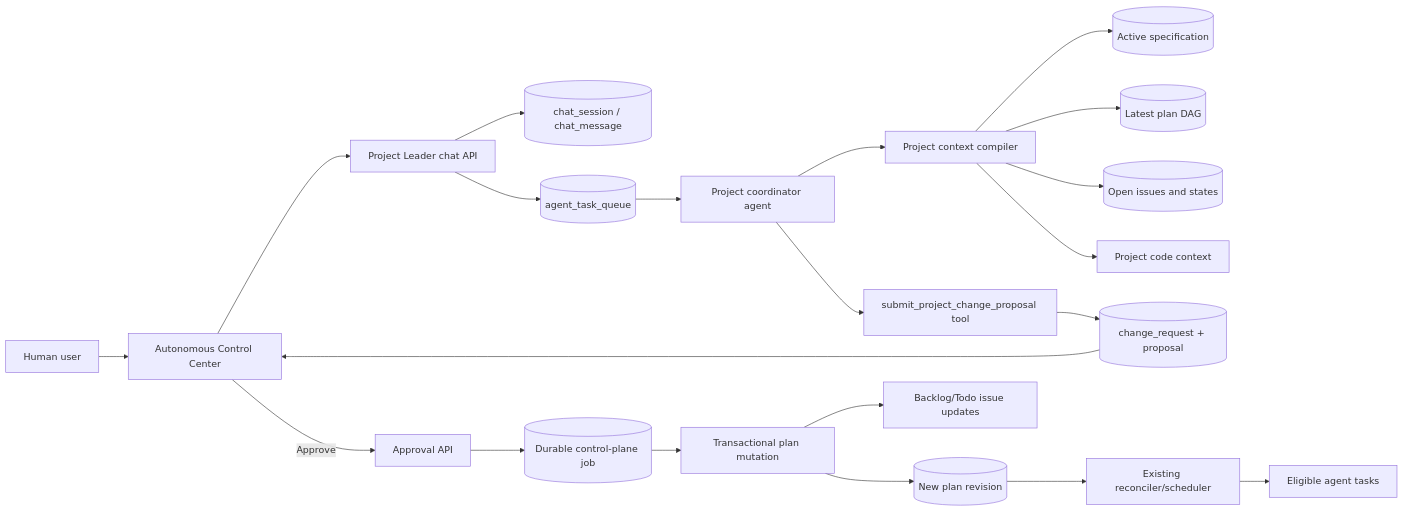
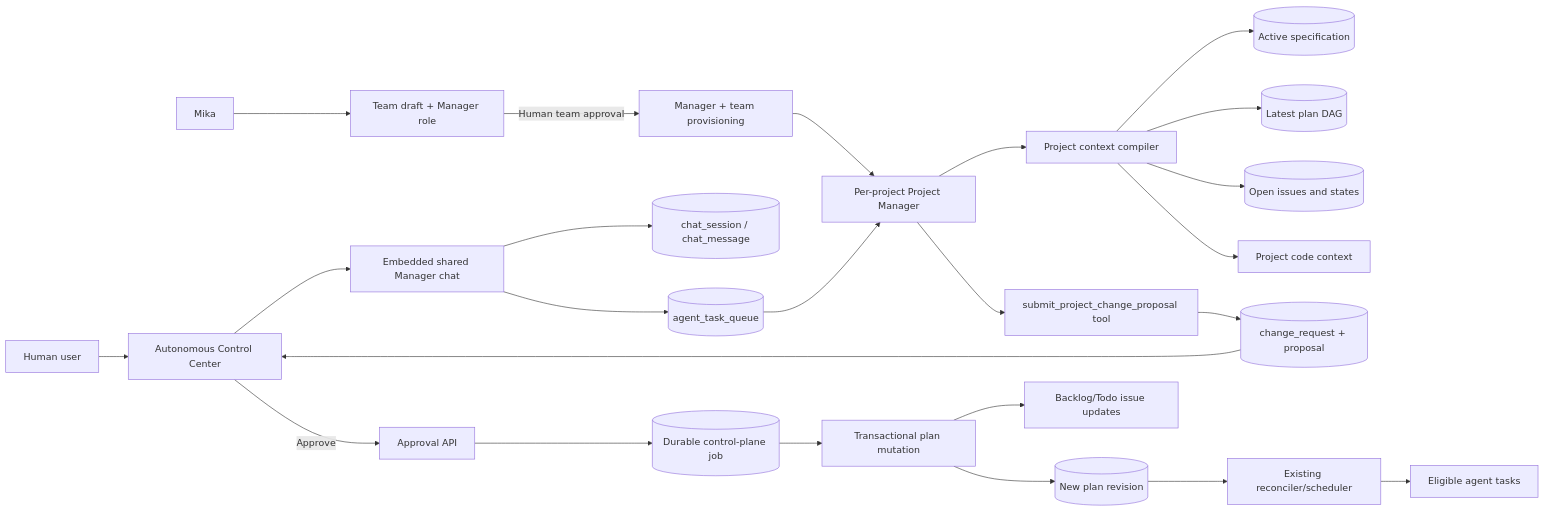
One commit to caglar09/multica changed the diagram in specs/autonomous-project-leader-chat-plan.md. Above: the diagram before and after it, drawn with Mermaid. The commit also changed other lines of this file and 45 other files, not shown here.

First line of the commit message:
Refactor project planning and chat session management

````diff
--- a/specs/autonomous-project-leader-chat-plan.md
+++ b/specs/autonomous-project-leader-chat-plan.md
@@ -68,23 +75,26 @@
 ```mermaid
 flowchart LR
     U[Human user] --> ACC[Autonomous Control Center]
-    ACC --> LC[Project Leader chat API]
+    M[Mika] --> TD[Team draft + Manager role]
+    TD -->|Human team approval| PROV[Manager + team provisioning]
+    PROV --> PM[Per-project Project Manager]
+    ACC --> LC[Embedded shared Manager chat]
     LC --> CS[(chat_session / chat_message)]
     LC --> TQ[(agent_task_queue)]
-    TQ --> PL[Project coordinator agent]
-    PL --> CTX[Project context compiler]
+    TQ --> PM
+    PM --> CTX[Project context compiler]
     CTX --> SPEC[(Active specification)]
     CTX --> PLAN[(Latest plan DAG)]
     CTX --> ISSUES[(Open issues and states)]
     CTX --> CODE[Project code context]
-    PL --> TOOL[submit_project_change_proposal tool]
+    PM --> TOOL[submit_project_change_proposal tool]
     TOOL --> CR[(change_request + proposal)]
     CR --> ACC
     ACC -->|Approve| API[Approval API]
     API --> CPQ[(Durable control-plane job)]
     CPQ --> APPLY[Transactional plan mutation]
     APPLY --> NEWPLAN[(New plan revision)]
     APPLY --> BOARD[Backlog/Todo issue updates]
     NEWPLAN --> REC[Existing reconciler/scheduler]
     REC --> AGENTS[Eligible agent tasks]
 ```
````
